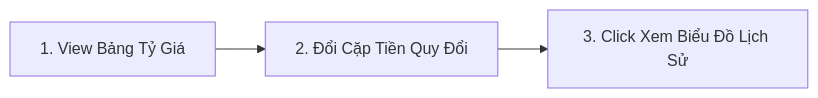
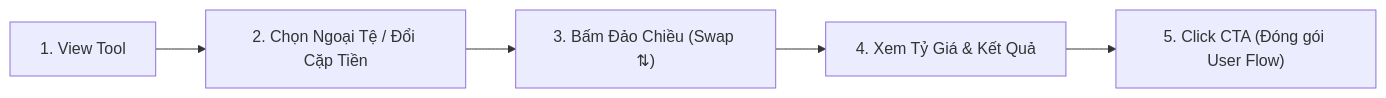
Before and after one commit to vanhien26/hienho-knowledgebase: the seventh of 13 diagrams in umami_utility_tracking.md, drawn with Mermaid. The commit also changed other lines of this file and 92 other files, not shown here.

````diff
--- a/umami_utility_tracking.md
+++ b/umami_utility_tracking.md
@@ -320,5 +301,7 @@
 ```mermaid
 graph LR
-    Step1["1. View Bảng Tỷ Giá"] --> Step2["2. Đổi Cặp Tiền Quy Đổi"]
-    Step2 --> Step3["3. Click Xem Biểu Đồ Lịch Sử"]
+    Step1["1. View Tool"] --> Step2["2. Chọn Ngoại Tệ / Đổi Cặp Tiền"]
+    Step2 --> Step3["3. Bấm Đảo Chiều (Swap ⇅)"]
+    Step3 --> Step4["4. Xem Tỷ Giá & Kết Quả"]
+    Step4 --> Step5["5. Click CTA (Đóng gói User Flow)"]
 ```
````
